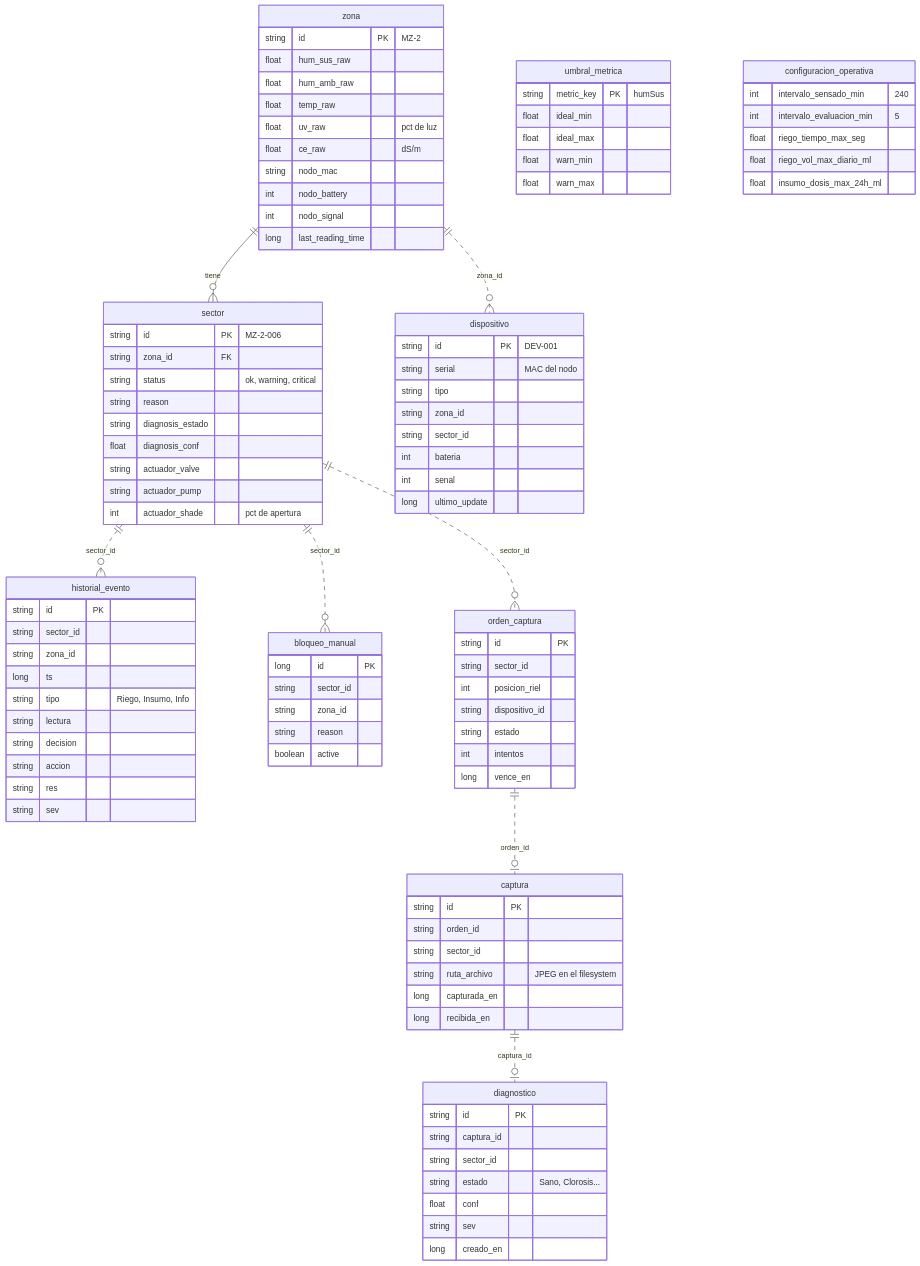
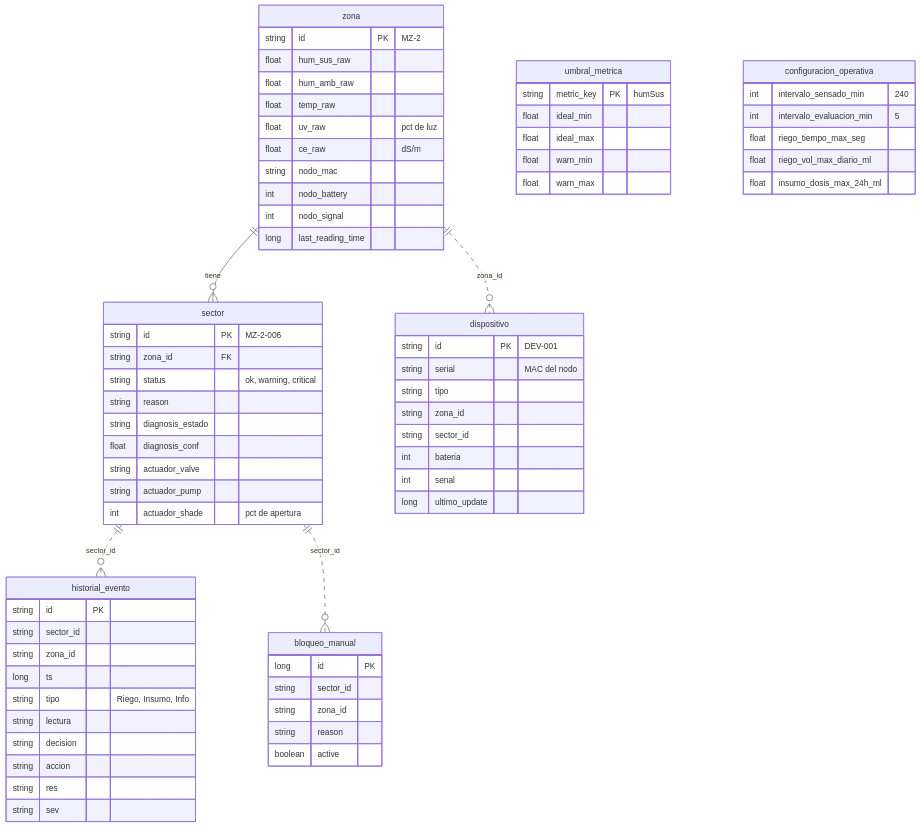
The third of 3 diagrams in docs-motor-reglas/circuito-sensado-a-motor.md (ssgalo/Yerbanalytics), drawn with Mermaid before and after one commit. The commit also changed other lines of this file, not shown here.

Commit message:
docs: separar el carril de la cámara en un diagrama propio

```diff
--- a/docs-motor-reglas/circuito-sensado-a-motor.md
+++ b/docs-motor-reglas/circuito-sensado-a-motor.md
@@ -149,9 +177,6 @@
     zona ||..o{ dispositivo : "zona_id"
     sector ||..o{ historial_evento : "sector_id"
     sector ||..o{ bloqueo_manual : "sector_id"
-    sector ||..o{ orden_captura : "sector_id"
-    orden_captura ||..o| captura : "orden_id"
-    captura ||..o| diagnostico : "captura_id"
 
     zona {
         string id PK "MZ-2"
@@ -205,32 +230,6 @@
         string reason
         boolean active
     }
-    orden_captura {
-        string id PK
-        string sector_id
-        int posicion_riel
-        string dispositivo_id
-        string estado
-        int intentos
-        long vence_en
-    }
-    captura {
-        string id PK
-        string orden_id
-        string sector_id
-        string ruta_archivo "JPEG en el filesystem"
-        long capturada_en
-        long recibida_en
-    }
-    diagnostico {
-        string id PK
-        string captura_id
-        string sector_id
-        string estado "Sano, Clorosis..."
-        float conf
-        string sev
-        long creado_en
-    }
     umbral_metrica {
         string metric_key PK "humSus"
         float ideal_min
```
